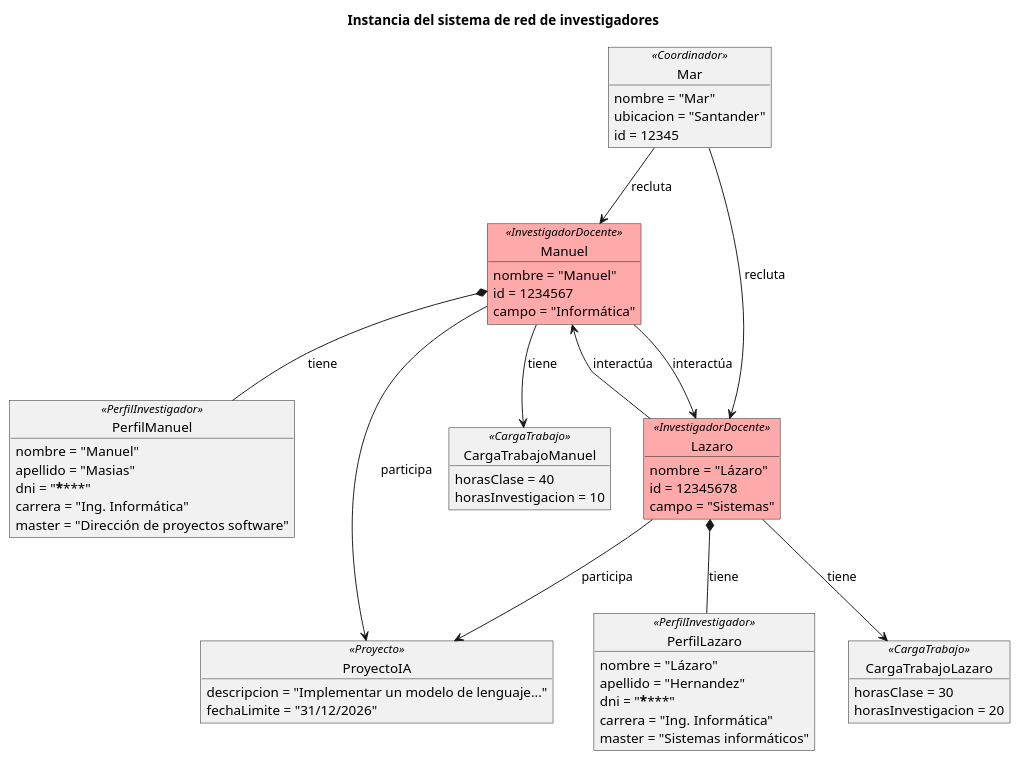
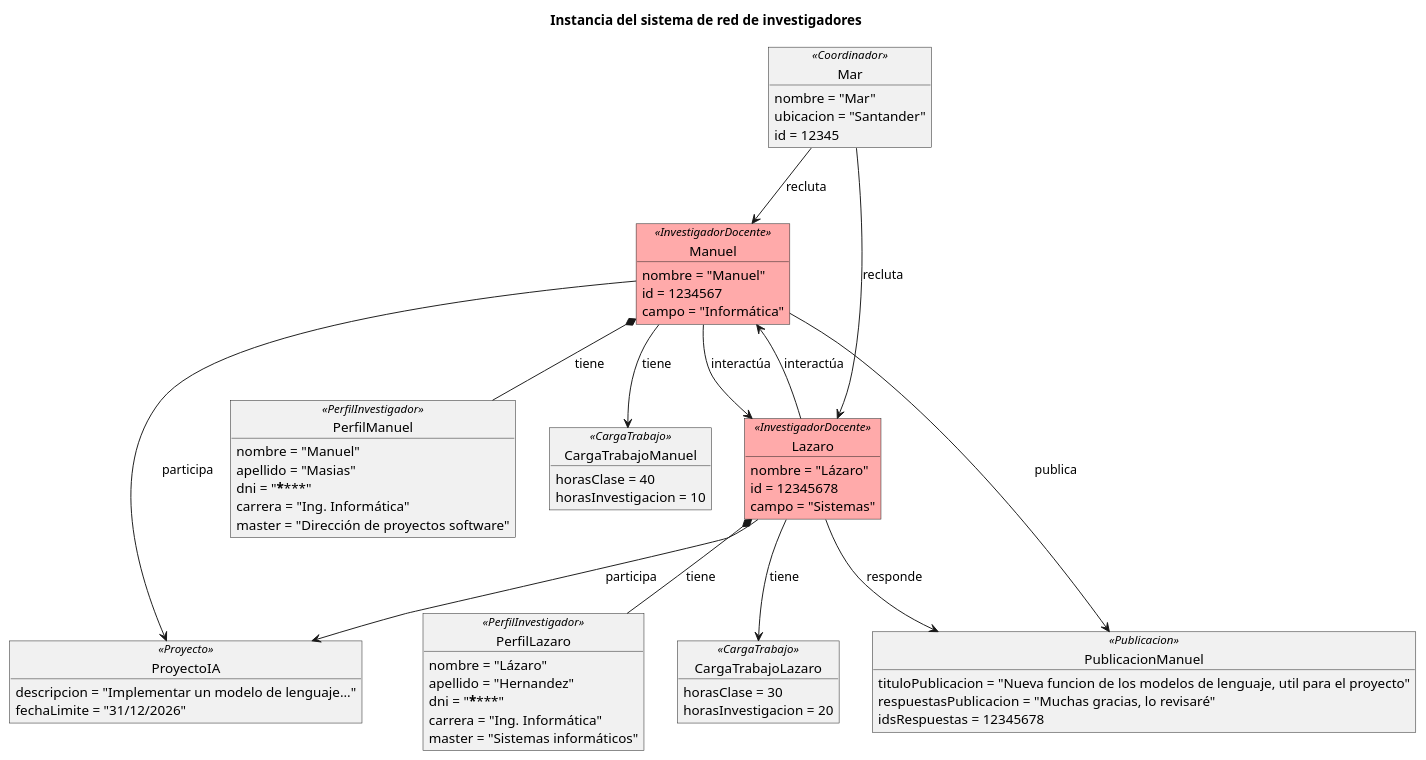
One commit to 31Diego/25-26-IdSw1-SdR changed the diagram in documentación/ModeloDelDominio/Diagramas/Objetos/DiagramaObjetosInvestigador.puml. Above: the diagram before and after it, drawn with PlantUML. The commit also changed 8 other files, not shown here.

```diff
--- a/documentación/ModeloDelDominio/Diagramas/Objetos/DiagramaObjetosInvestigador.puml
+++ b/documentación/ModeloDelDominio/Diagramas/Objetos/DiagramaObjetosInvestigador.puml
@@ -1,72 +1,81 @@
 @startuml
 
 title Instancia del sistema de red de investigadores
 
 object Mar <<Coordinador>> {
     nombre = "Mar"
     ubicacion = "Santander"
     id = 12345
 }
 
 object Manuel <<InvestigadorDocente>> #FFAAAA {
     nombre = "Manuel"
     id = 1234567
     campo = "Informática"
 }
 
 object PerfilManuel <<PerfilInvestigador>> {
     nombre = "Manuel"
     apellido = "Masias"
     dni = "********"
     carrera = "Ing. Informática"
     master = "Dirección de proyectos software"
 }
 
 object CargaTrabajoManuel <<CargaTrabajo>> {
     horasClase = 40
     horasInvestigacion = 10
 }
 
 object Lazaro <<InvestigadorDocente>> #FFAAAA {
     nombre = "Lázaro"
     id = 12345678
     campo = "Sistemas"
 }
 
 object PerfilLazaro <<PerfilInvestigador>> {
     nombre = "Lázaro"
     apellido = "Hernandez"
     dni = "********"
     carrera = "Ing. Informática"
     master = "Sistemas informáticos"
 }
 
 object CargaTrabajoLazaro <<CargaTrabajo>> {
     horasClase = 30
     horasInvestigacion = 20
 }
 
 object ProyectoIA <<Proyecto>> {
     descripcion = "Implementar un modelo de lenguaje..."
     fechaLimite = "31/12/2026"
 }
 
+object PublicacionManuel <<Publicacion>> {
+    tituloPublicacion = "Nueva funcion de los modelos de lenguaje, util para el proyecto"
+    respuestasPublicacion = "Muchas gracias, lo revisaré"
+    idsRespuestas = 12345678
+}
+
 
 
 
 Mar --> Manuel : recluta
 Mar --> Lazaro : recluta
 
 Manuel --> Lazaro : interactúa
 Lazaro --> Manuel : interactúa
 
 Manuel --> ProyectoIA : participa
 Lazaro --> ProyectoIA : participa
 
 Manuel *-- PerfilManuel : tiene
 Lazaro *-- PerfilLazaro : tiene
 
 Manuel --> CargaTrabajoManuel : tiene
 Lazaro --> CargaTrabajoLazaro : tiene
 
+Manuel --> PublicacionManuel: publica
+Lazaro --> PublicacionManuel: responde
+
 @enduml
```
